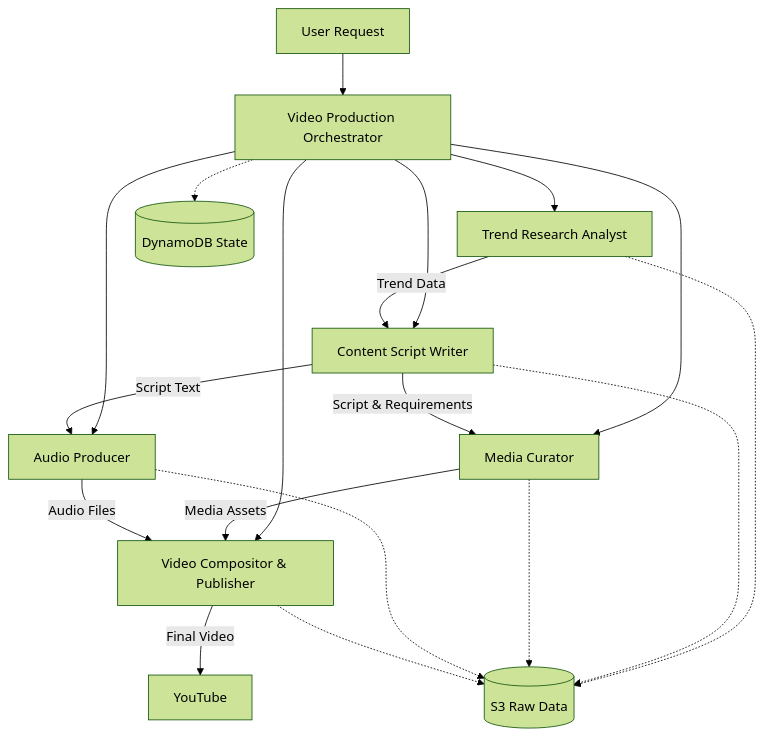
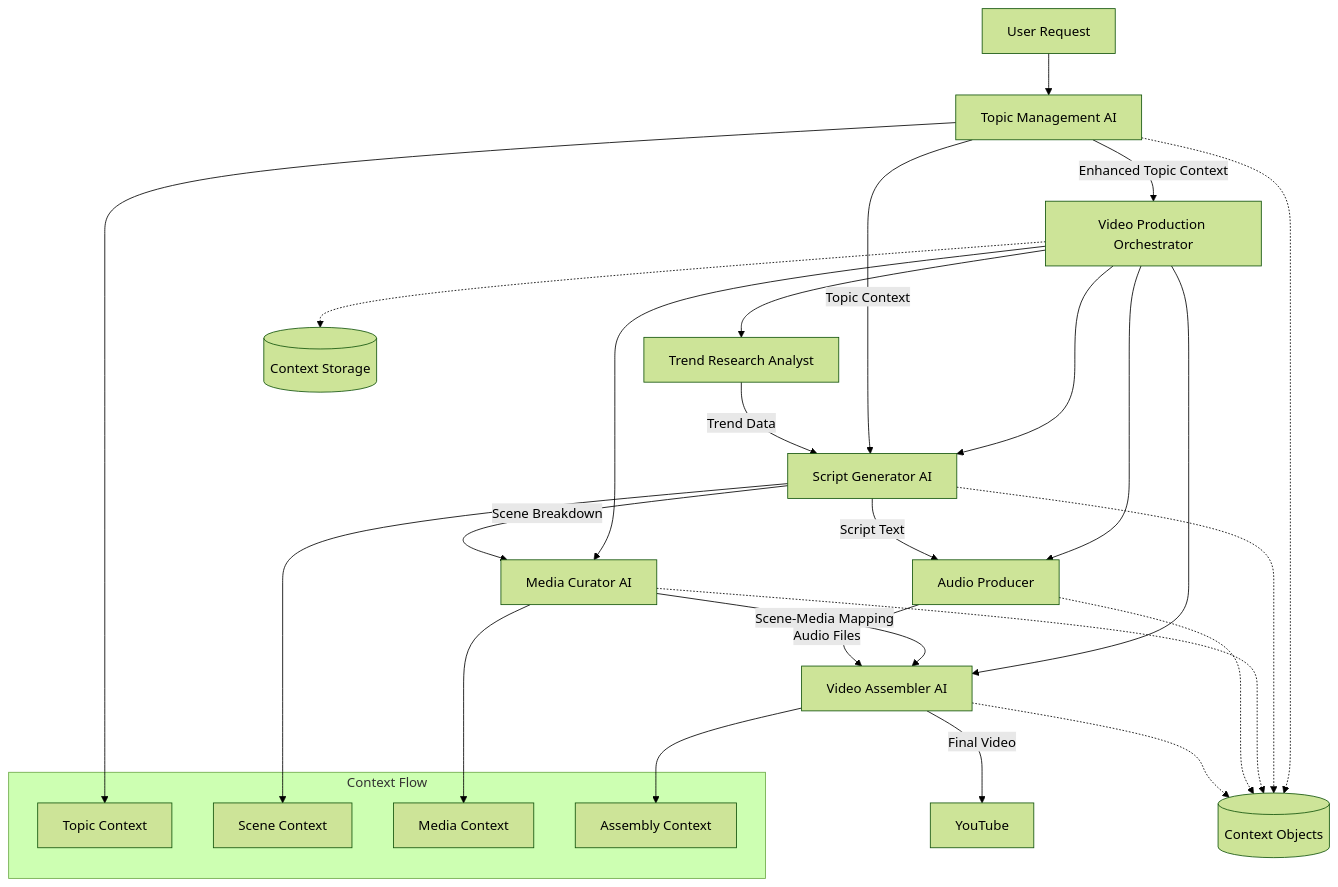
Before and after one commit to hitechparadigm/youtube-video-upload: the fourth of 6 diagrams in .kiro/specs/automated-video-pipeline/design.md, drawn with Mermaid (forest theme). The commit also changed other lines of this file and 14 other files, not shown here.

````diff
--- a/.kiro/specs/automated-video-pipeline/design.md
+++ b/.kiro/specs/automated-video-pipeline/design.md
@@ -418,24 +418,39 @@
 ```mermaid
 graph TD
-    USER[User Request] --> SUPER[Video Production Orchestrator]
+    USER[User Request] --> TOPIC[Topic Management AI]
+    
+    TOPIC --> |Enhanced Topic Context| SUPER[Video Production Orchestrator]
+    
+    SUPER --> TREND[Trend Research Analyst]
+    SUPER --> SCRIPT[Script Generator AI]
+    SUPER --> MEDIA[Media Curator AI]
+    SUPER --> AUDIO[Audio Producer]
+    SUPER --> VIDEO[Video Assembler AI]
 
-    SUPER --> TREND[Trend Research Analyst]
-    SUPER --> SCRIPT[Content Script Writer]
-    SUPER --> MEDIA[Media Curator]
-    SUPER --> AUDIO[Audio Producer]
-    SUPER --> VIDEO[Video Compositor & Publisher]
-
+    TOPIC --> |Topic Context| SCRIPT
     TREND --> |Trend Data| SCRIPT
-    SCRIPT --> |Script & Requirements| MEDIA
+    SCRIPT --> |Scene Breakdown| MEDIA
     SCRIPT --> |Script Text| AUDIO
-    MEDIA --> |Media Assets| VIDEO
+    MEDIA --> |Scene-Media Mapping| VIDEO
     AUDIO --> |Audio Files| VIDEO
     VIDEO --> |Final Video| YOUTUBE[YouTube]
 
-    SUPER -.-> DDB[(DynamoDB State)]
-    TREND -.-> S3[(S3 Raw Data)]
+    SUPER -.-> DDB[(Context Storage)]
+    TOPIC -.-> S3[(Context Objects)]
     SCRIPT -.-> S3
     MEDIA -.-> S3
     AUDIO -.-> S3
     VIDEO -.-> S3
+    
+    subgraph "Context Flow"
+        CTX1[Topic Context]
+        CTX2[Scene Context]
+        CTX3[Media Context]
+        CTX4[Assembly Context]
+    end
+    
+    TOPIC --> CTX1
+    SCRIPT --> CTX2
+    MEDIA --> CTX3
+    VIDEO --> CTX4
 ```
````
